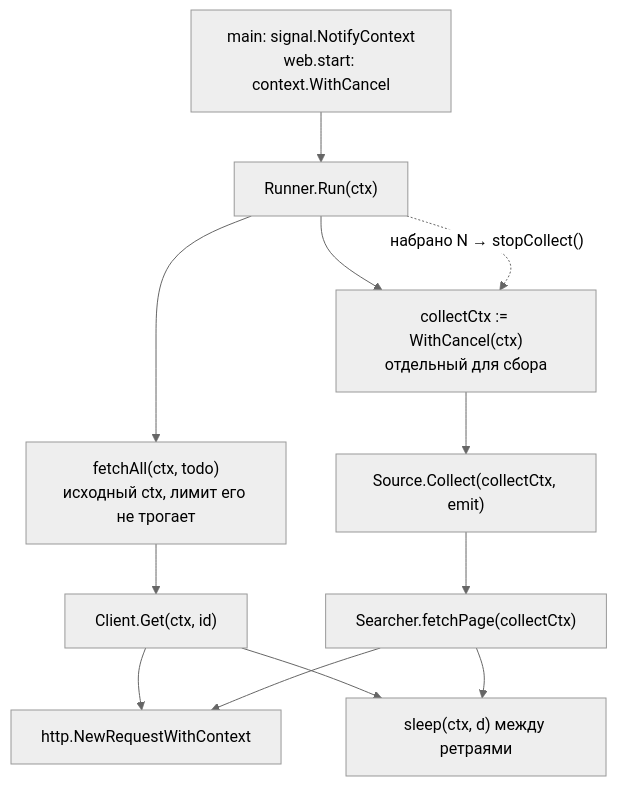
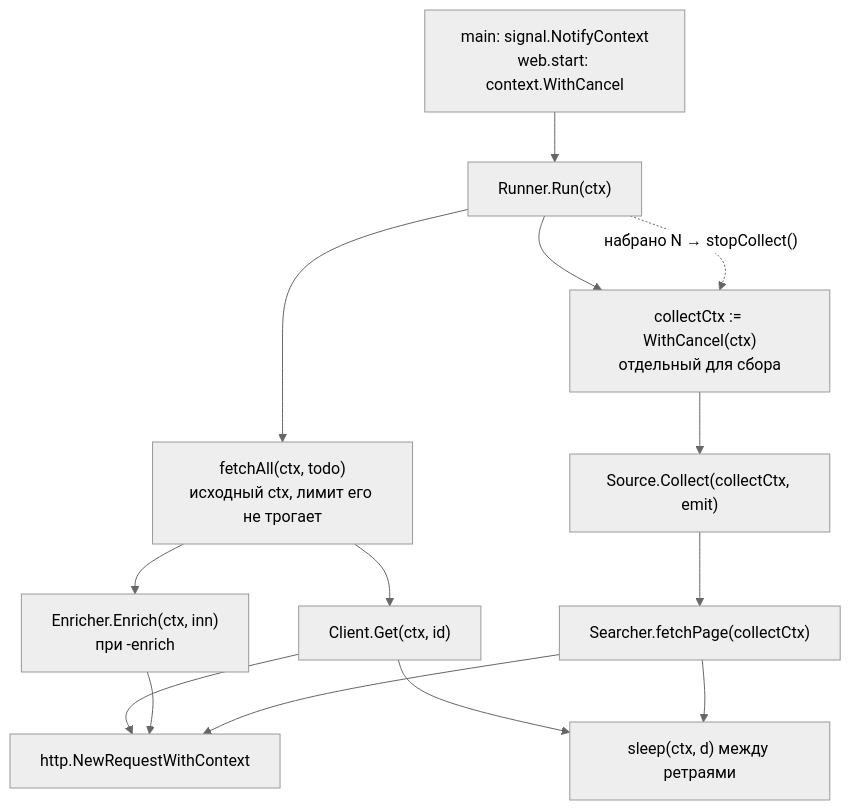
One commit to OkaneKatsuro/go-wb changed the seventh of 7 diagrams in README.md. Above: the diagram before and after it, drawn with Mermaid (neutral theme). The commit also changed other lines of this file, not shown here.

Commit message:
docs: отразить обогащение OFData и NDJSON на схемах

````diff
--- a/README.md
+++ b/README.md
@@ -214,14 +215,16 @@
 ```mermaid
 flowchart TD
     A["main: signal.NotifyContext<br/>web.start: context.WithCancel"] --> B["Runner.Run(ctx)"]
     B --> CC["collectCtx := WithCancel(ctx)<br/>отдельный для сбора"]
     B -. "набрано N → stopCollect()" .-> CC
     CC --> C["Source.Collect(collectCtx, emit)"]
     C --> H["Searcher.fetchPage(collectCtx)"]
     B --> D["fetchAll(ctx, todo)<br/>исходный ctx, лимит его не трогает"]
     D --> E["Client.Get(ctx, id)"]
+    D --> E2["Enricher.Enrich(ctx, inn)<br/>при -enrich"]
     E --> F["http.NewRequestWithContext"]
     E --> G["sleep(ctx, d) между ретраями"]
+    E2 --> F
     H --> F
     H --> G
 ```
````
